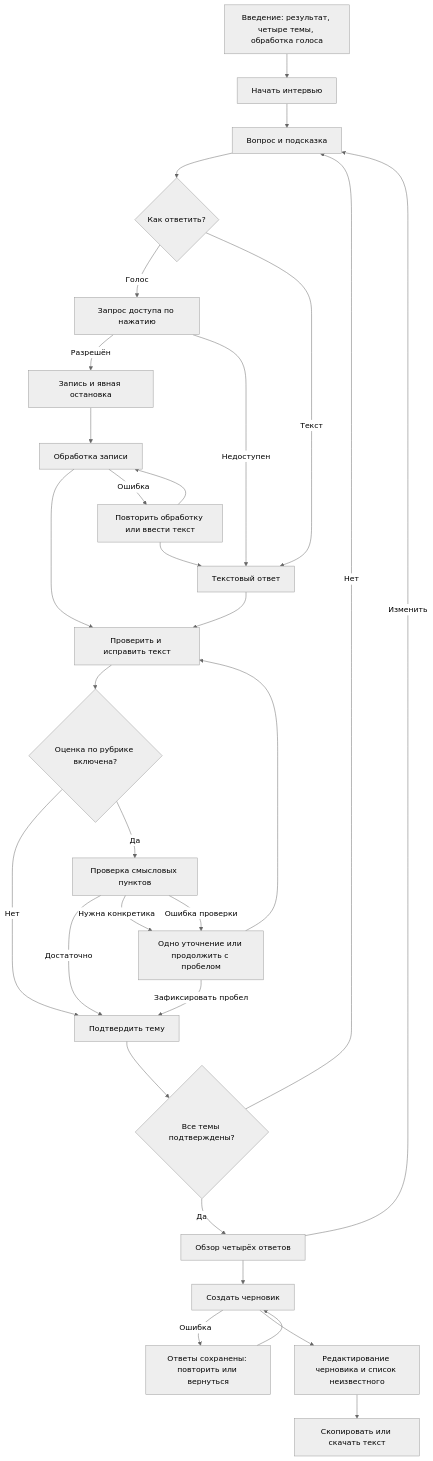
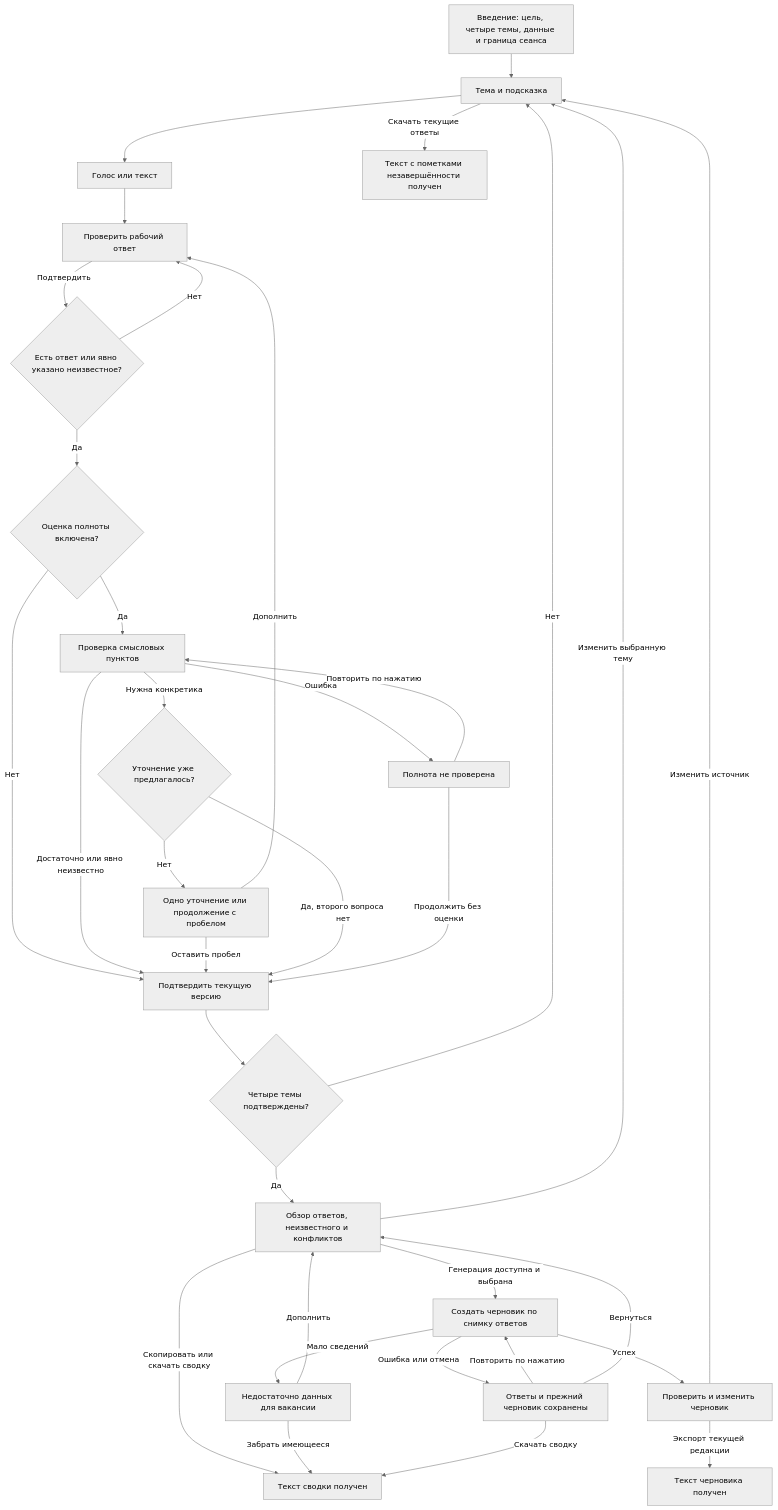
The diagram in docs/product/user-flow.md (amoorkie/voice-vacancy), drawn with Mermaid (neutral theme) before and after one commit. The commit also changed other lines of this file and 8 other files, not shown here.

Commit message:
docs: close gaps in hiring JTBD and interview recovery flow

````diff
--- a/docs/product/user-flow.md
+++ b/docs/product/user-flow.md
@@ -11,33 +20,37 @@
 ```mermaid
 flowchart TD
-  A[Введение: результат, четыре темы, обработка голоса] --> B[Начать интервью]
-  B --> C[Вопрос и подсказка]
-  C --> D{Как ответить?}
-  D -->|Голос| E[Запрос доступа по нажатию]
-  E -->|Разрешён| F[Запись и явная остановка]
-  E -->|Недоступен| T[Текстовый ответ]
-  D -->|Текст| T
-  F --> G[Обработка записи]
-  G --> H[Проверить и исправить текст]
-  G -->|Ошибка| X[Повторить обработку или ввести текст]
-  X --> G
-  X --> T
-  T --> H
-  H --> I{Оценка по рубрике включена?}
-  I -->|Нет| K[Подтвердить тему]
-  I -->|Да| J[Проверка смысловых пунктов]
-  J -->|Достаточно| K
-  J -->|Нужна конкретика| U[Одно уточнение или продолжить с пробелом]
-  J -->|Ошибка проверки| U
-  U --> H
-  U -->|Зафиксировать пробел| K
-  K --> L{Все темы подтверждены?}
-  L -->|Нет| C
-  L -->|Да| M[Обзор четырёх ответов]
-  M -->|Изменить| C
-  M --> N[Создать черновик]
-  N -->|Ошибка| Y[Ответы сохранены: повторить или вернуться]
-  Y --> N
-  N --> O[Редактирование черновика и список неизвестного]
-  O --> P[Скопировать или скачать текст]
+  START[Введение: цель, четыре темы, данные и граница сеанса] --> QUESTION[Тема и подсказка]
+  QUESTION --> INPUT[Голос или текст]
+  INPUT --> EDIT[Проверить рабочий ответ]
+  EDIT -->|Подтвердить| VALID{Есть ответ или явно указано неизвестное?}
+  VALID -->|Нет| EDIT
+  VALID -->|Да| MODE{Оценка полноты включена?}
+  MODE -->|Нет| CONFIRM[Подтвердить текущую версию]
+  MODE -->|Да| CHECK[Проверка смысловых пунктов]
+  CHECK -->|Достаточно или явно неизвестно| CONFIRM
+  CHECK -->|Нужна конкретика| USED{Уточнение уже предлагалось?}
+  USED -->|Нет| FOLLOWUP[Одно уточнение или продолжение с пробелом]
+  FOLLOWUP -->|Дополнить| EDIT
+  FOLLOWUP -->|Оставить пробел| CONFIRM
+  USED -->|Да, второго вопроса нет| CONFIRM
+  CHECK -->|Ошибка| CHECK_ERROR[Полнота не проверена]
+  CHECK_ERROR -->|Повторить по нажатию| CHECK
+  CHECK_ERROR -->|Продолжить без оценки| CONFIRM
+  CONFIRM --> ALL{Четыре темы подтверждены?}
+  ALL -->|Нет| QUESTION
+  ALL -->|Да| REVIEW[Обзор ответов, неизвестного и конфликтов]
+  REVIEW -->|Изменить выбранную тему| QUESTION
+  REVIEW -->|Скопировать или скачать сводку| EXPORT_ANSWERS[Текст сводки получен]
+  REVIEW -->|Генерация доступна и выбрана| GENERATE[Создать черновик по снимку ответов]
+  GENERATE -->|Успех| DRAFT[Проверить и изменить черновик]
+  GENERATE -->|Мало сведений| INSUFFICIENT[Недостаточно данных для вакансии]
+  INSUFFICIENT -->|Дополнить| REVIEW
+  INSUFFICIENT -->|Забрать имеющееся| EXPORT_ANSWERS
+  GENERATE -->|Ошибка или отмена| GEN_ERROR[Ответы и прежний черновик сохранены]
+  GEN_ERROR -->|Повторить по нажатию| GENERATE
+  GEN_ERROR -->|Вернуться| REVIEW
+  GEN_ERROR -->|Скачать сводку| EXPORT_ANSWERS
+  DRAFT -->|Изменить источник| QUESTION
+  DRAFT -->|Экспорт текущей редакции| EXPORT_DRAFT[Текст черновика получен]
+  QUESTION -->|Скачать текущие ответы| EXPORT_PARTIAL[Текст с пометками незавершённости получен]
 ```
````
